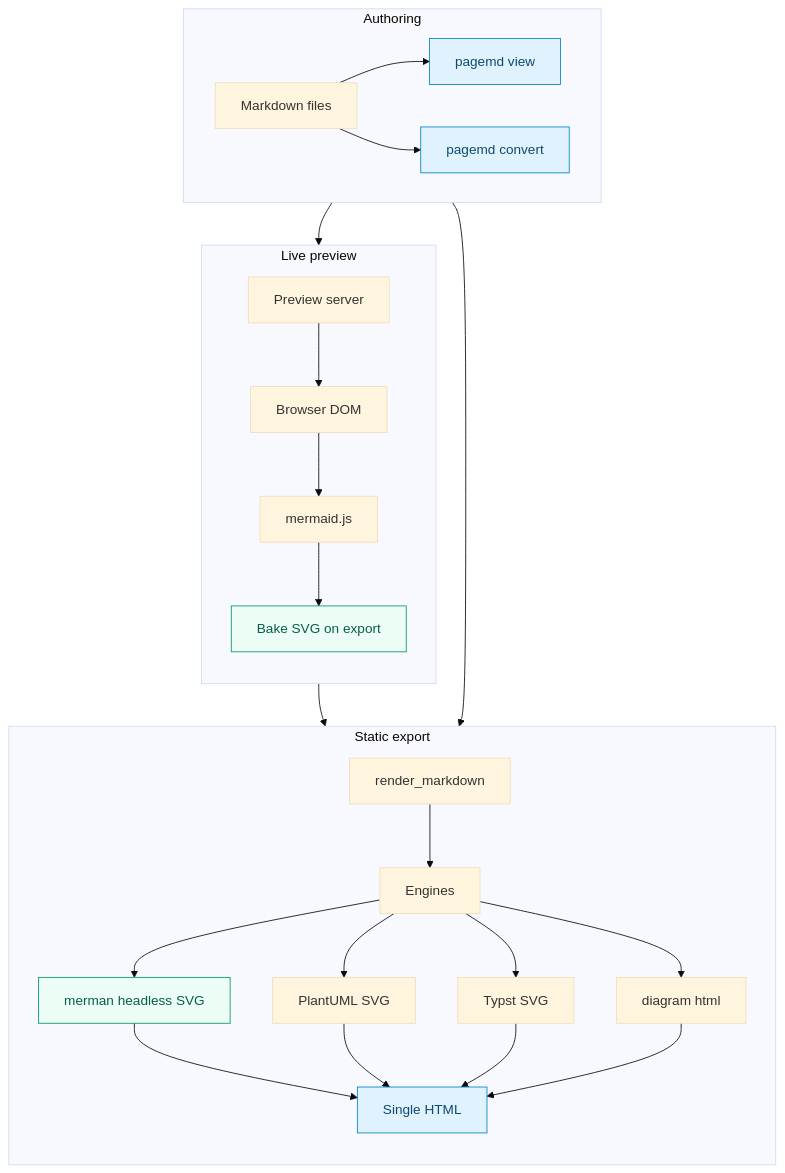
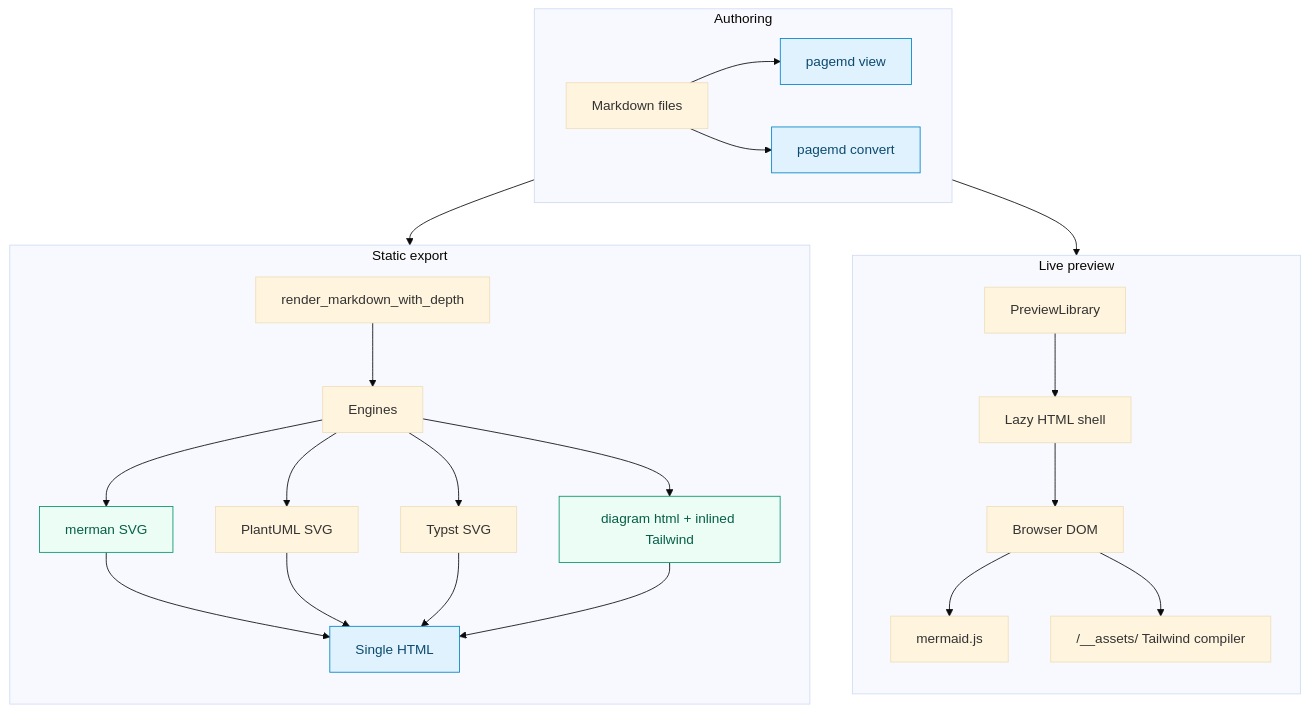
Before and after one commit to ikey4u/pagemd: the second of 8 diagrams in examples/BASIC.md, drawn with Mermaid (base theme). The commit also changed other lines of this file and 13 other files, not shown here.

First line of the commit message:
feat: add collapsible Markdown and scope diagram-html Tailwind

````diff
--- a/examples/BASIC.md
+++ b/examples/BASIC.md
@@ -141,37 +142,37 @@
 ```mermaid
 flowchart TB
   subgraph Authoring["Authoring"]
     direction LR
     MD[Markdown files] --> View[pagemd view]
     MD --> CLI[pagemd convert]
   end
 
   subgraph Preview["Live preview"]
     direction TB
-    Server[Preview server] --> Browser[Browser DOM]
+    Lib[PreviewLibrary] --> Shell[Lazy HTML shell]
+    Shell --> Browser[Browser DOM]
     Browser --> MermaidJS[mermaid.js]
-    MermaidJS --> Bake[Bake SVG on export]
+    Browser --> Tw["/__assets/ Tailwind compiler"]
   end
 
   subgraph Export["Static export"]
     direction TB
-    Pipeline[render_markdown] --> Engines
-    Engines --> Merman[merman headless SVG]
+    Pipeline[render_markdown_with_depth] --> Engines
+    Engines --> Merman[merman SVG]
     Engines --> PlantUML[PlantUML SVG]
     Engines --> Typst[Typst SVG]
-    Engines --> HtmlDiag[diagram html]
+    Engines --> HtmlDiag[diagram html + inlined Tailwind]
     Merman --> Bundle[Single HTML]
     PlantUML --> Bundle
     Typst --> Bundle
     HtmlDiag --> Bundle
   end
 
-  View --> Server
+  View --> Lib
   CLI --> Pipeline
-  Bake --> Bundle
 
   classDef accent fill:#e0f2fe,stroke:#0284c7,color:#0c4a6e
   classDef result fill:#ecfdf5,stroke:#059669,color:#065f46
   class View,CLI,Bundle accent
-  class Bake,Merman result
+  class Merman,HtmlDiag result
 ```
````
